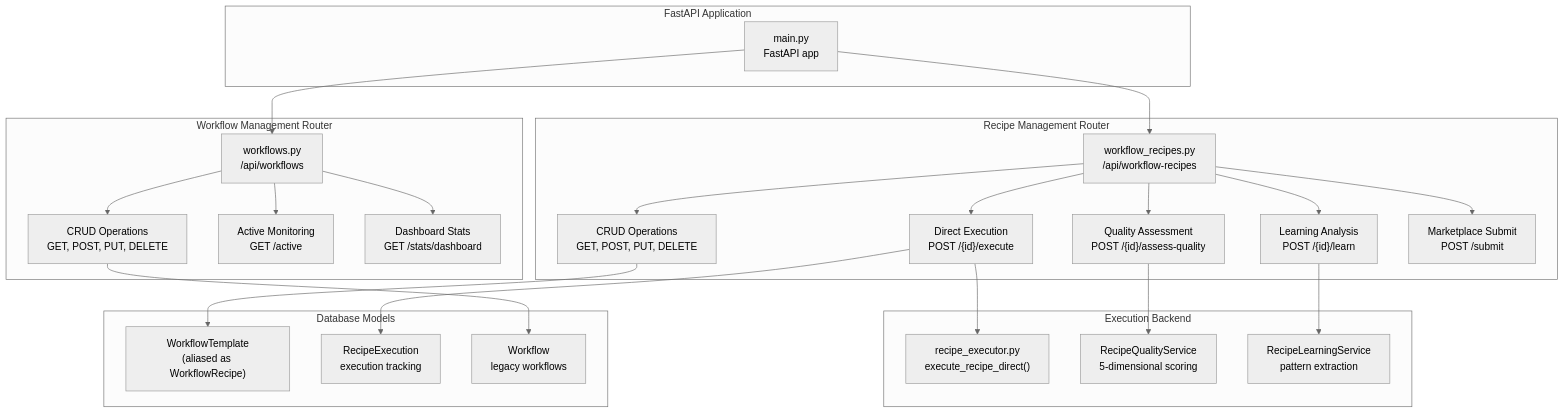
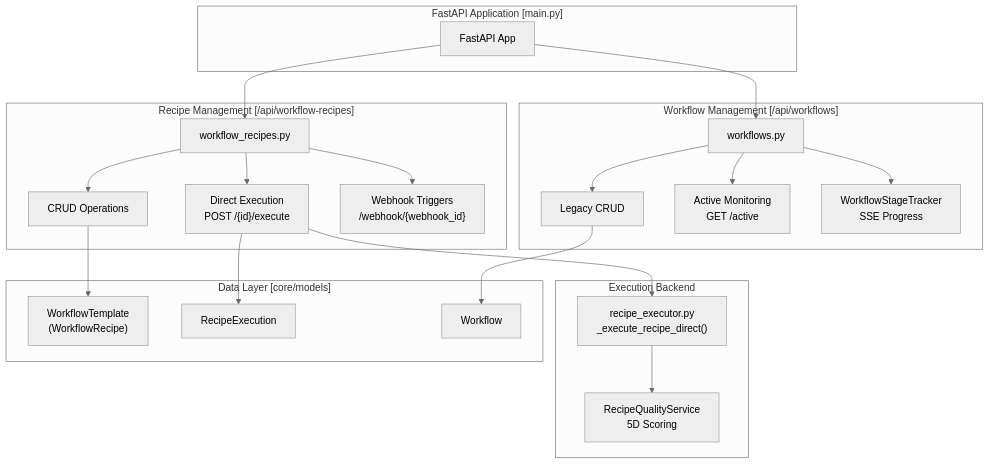
Before and after one commit to AutomatosAI/automatos-ai: the first of 2 diagrams in docs/workflows-recipes/workflow-api-reference.md, drawn with Mermaid (neutral theme). The commit also changed other lines of this file and 149 other files, not shown here.

Commit message:
docs: refresh documentation with graphify semantic scan

````diff
--- a/docs/workflows-recipes/workflow-api-reference.md
+++ b/docs/workflows-recipes/workflow-api-reference.md
@@ -50,55 +31,49 @@
 ```mermaid
 graph TB
-    subgraph "FastAPI Application"
-        Main["main.py<br/>FastAPI app"]
+    subgraph "FastAPI Application [main.py]"
+        Main["FastAPI App"]
     end
     
-    subgraph "Recipe Management Router"
-        RecipeRouter["workflow_recipes.py<br/>/api/workflow-recipes"]
-        RecipeCRUD["CRUD Operations<br/>GET, POST, PUT, DELETE"]
+    subgraph "Recipe Management [/api/workflow-recipes]"
+        RecipeRouter["workflow_recipes.py"]
+        RecipeCRUD["CRUD Operations"]
         RecipeExec["Direct Execution<br/>POST /{id}/execute"]
-        RecipeQuality["Quality Assessment<br/>POST /{id}/assess-quality"]
-        RecipeLearning["Learning Analysis<br/>POST /{id}/learn"]
-        RecipeMarket["Marketplace Submit<br/>POST /submit"]
+        RecipeWebhooks["Webhook Triggers<br/>/webhook/{webhook_id}"]
         
         RecipeRouter --> RecipeCRUD
         RecipeRouter --> RecipeExec
-        RecipeRouter --> RecipeQuality
-        RecipeRouter --> RecipeLearning
-        RecipeRouter --> RecipeMarket
+        RecipeRouter --> RecipeWebhooks
     end
     
-    subgraph "Workflow Management Router"
-        WorkflowRouter["workflows.py<br/>/api/workflows"]
-        WorkflowCRUD["CRUD Operations<br/>GET, POST, PUT, DELETE"]
+    subgraph "Workflow Management [/api/workflows]"
+        WorkflowRouter["workflows.py"]
+        WorkflowCRUD["Legacy CRUD"]
         WorkflowActive["Active Monitoring<br/>GET /active"]
-        WorkflowStats["Dashboard Stats<br/>GET /stats/dashboard"]
+        WorkflowTracker["WorkflowStageTracker<br/>SSE Progress"]
         
         WorkflowRouter --> WorkflowCRUD
         WorkflowRouter --> WorkflowActive
-        WorkflowRouter --> WorkflowStats
+        WorkflowRouter --> WorkflowTracker
     end
     
     subgraph "Execution Backend"
-        RecipeExecutor["recipe_executor.py<br/>execute_recipe_direct()"]
-        QualityService["RecipeQualityService<br/>5-dimensional scoring"]
-        LearningService["RecipeLearningService<br/>pattern extraction"]
+        RecipeExecutor["recipe_executor.py<br/>_execute_recipe_direct()"]
+        QualityService["RecipeQualityService<br/>5D Scoring"]
         
         RecipeExec --> RecipeExecutor
-        RecipeQuality --> QualityService
-        RecipeLearning --> LearningService
+        RecipeExecutor --> QualityService
     end
     
-    subgraph "Database Models"
-        WorkflowRecipeModel["WorkflowTemplate<br/>(aliased as WorkflowRecipe)"]
-        RecipeExecutionModel["RecipeExecution<br/>execution tracking"]
-        WorkflowModel["Workflow<br/>legacy workflows"]
+    subgraph "Data Layer [core/models]"
+        WorkflowRecipeModel["WorkflowTemplate<br/>(WorkflowRecipe)"]
+        RecipeExecutionModel["RecipeExecution"]
+        WorkflowModel["Workflow"]
         
         RecipeCRUD --> WorkflowRecipeModel
         RecipeExec --> RecipeExecutionModel
         WorkflowCRUD --> WorkflowModel
     end
     
     Main --> RecipeRouter
     Main --> WorkflowRouter
 ```
````
